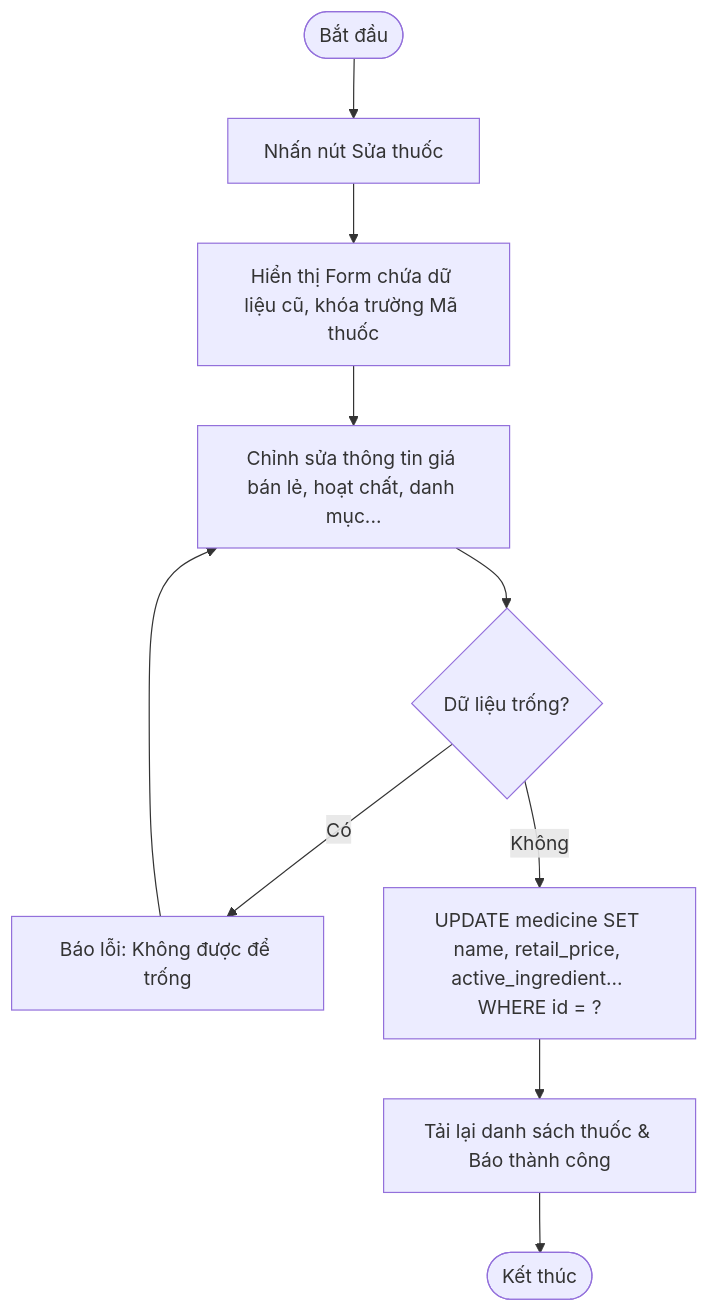
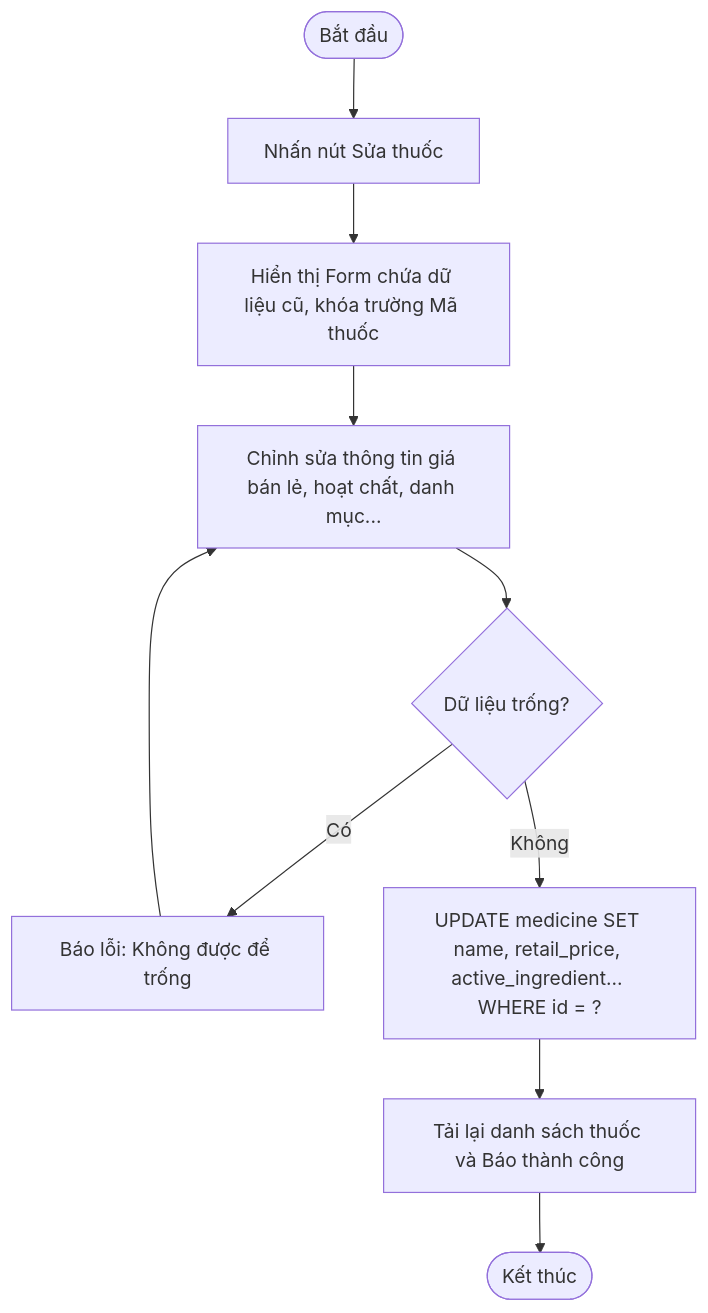
One commit to ngocuyenle15/PIS-CNPM changed diagram 15 of 32 in a.md. Above: the diagram before and after it, drawn with Mermaid. The commit also changed other lines of this file, not shown here.

````diff
--- a/a.md
+++ b/a.md
@@ -203,10 +203,10 @@
 ```mermaid
 flowchart TD
     Start([Bắt đầu]) --> ClickEdit[Nhấn nút Sửa thuốc]
     ClickEdit --> ShowForm[Hiển thị Form chứa dữ liệu cũ, khóa trường Mã thuốc]
     ShowForm --> InputNew[Chỉnh sửa thông tin giá bán lẻ, hoạt chất, danh mục...]
     InputNew --> Validate{Dữ liệu trống?}
     Validate -- Có --> Error[Báo lỗi: Không được để trống] --> InputNew
     Validate -- Không --> UpdateDB[UPDATE medicine SET name, retail_price, active_ingredient... WHERE id = ?]
-    UpdateDB --> Reload[Tải lại danh sách thuốc & Báo thành công] --> End([Kết thúc])
+    UpdateDB --> Reload[Tải lại danh sách thuốc và Báo thành công] --> End([Kết thúc])
 ```
````
